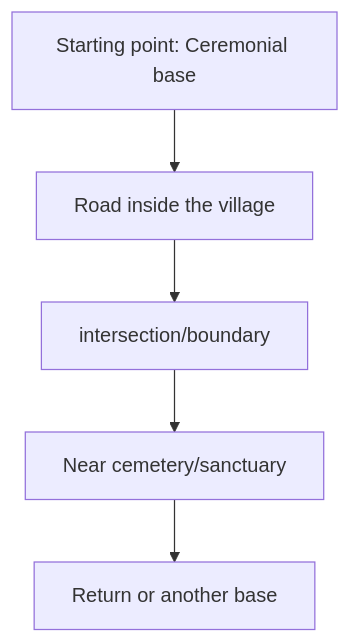
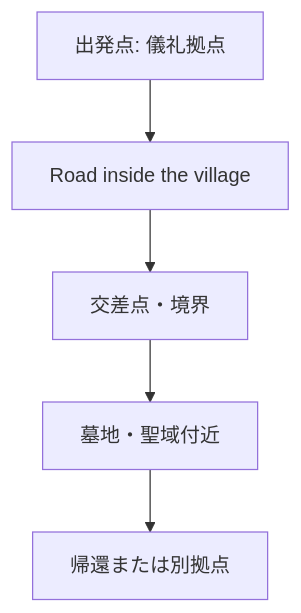
One commit to monumental-movement/monumental-movement.github.io changed the second of 2 diagrams in en/_posts/2026-02-06-column-haiti-rara.md. Above: the diagram before and after it, drawn with Mermaid. The commit also changed other lines of this file and 2196 other files, not shown here.

```diff
--- a/en/_posts/2026-02-06-column-haiti-rara.md
+++ b/en/_posts/2026-02-06-column-haiti-rara.md
@@ -139,7 +138,7 @@
 <div class="mermaid">
 flowchart TD
-A[Starting point: Ceremonial base] --> B[Road inside the village]
-B --> C[intersection/boundary]
-C --> D[Near cemetery/sanctuary]
-D --> E[Return or another base]
+A[出発点: 儀礼拠点] --> B[Road inside the village]
+B --> C[交差点・境界]
+C --> D[墓地・聖域付近]
+D --> E[帰還または別拠点]
 </div>
```
